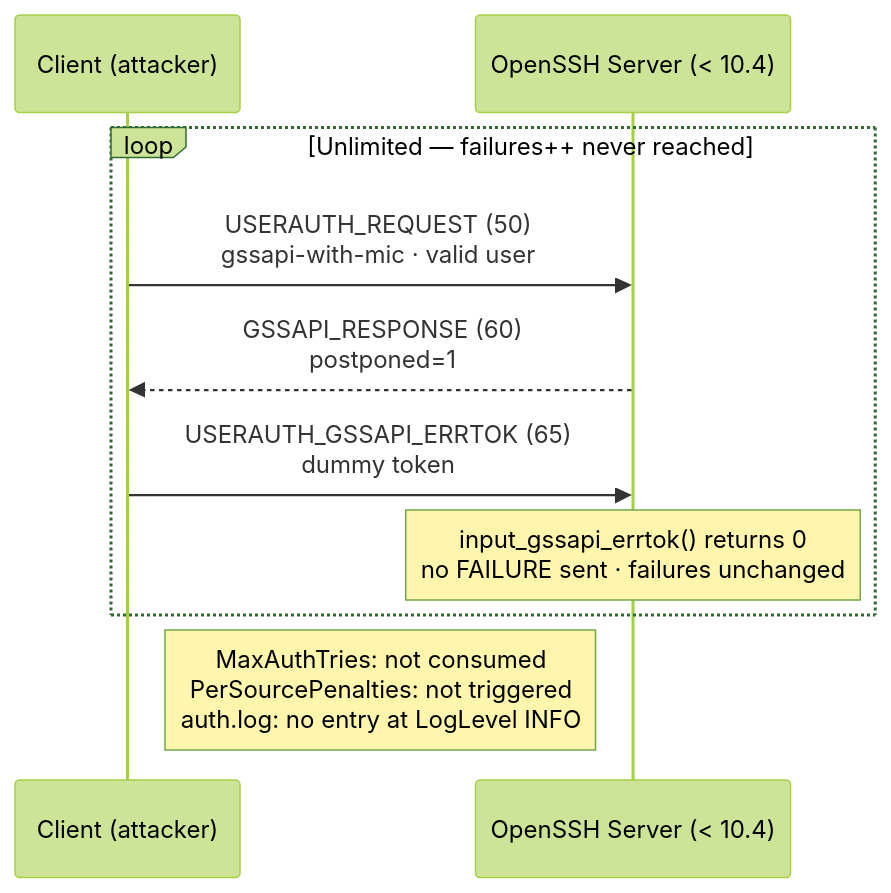
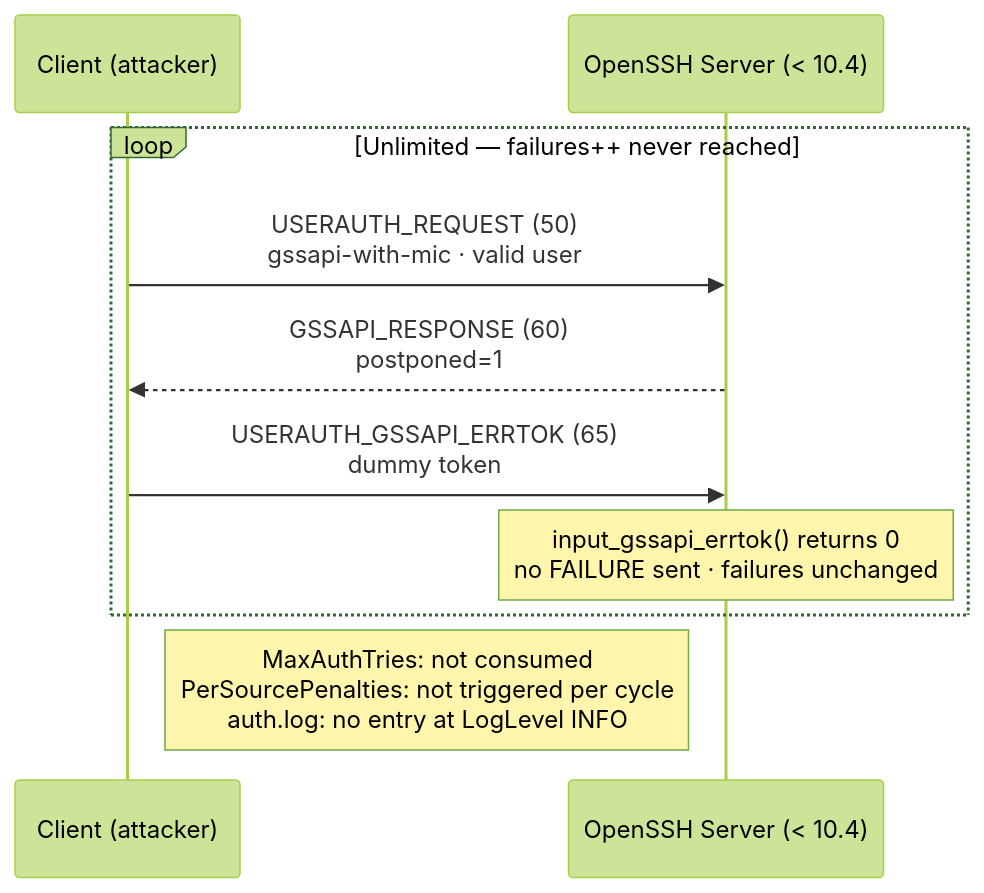
The diagram in doc/vulnerabilities/CVE-2026-60000.rst (ssh-mitm/ssh-mitm), drawn with Mermaid (forest theme) before and after one commit. The commit also changed other lines of this file and 5 other files, not shown here.

```diff
--- a/doc/vulnerabilities/CVE-2026-60000.rst
+++ b/doc/vulnerabilities/CVE-2026-60000.rst
@@ -116,15 +136,15 @@
 .. mermaid::
 
     sequenceDiagram
         participant C as Client (attacker)
         participant S as OpenSSH Server (< 10.4)
 
         loop Unlimited — failures++ never reached
             C->>S: USERAUTH_REQUEST (50)<br/>gssapi-with-mic · valid user
             S-->>C: GSSAPI_RESPONSE (60)<br/>postponed=1
 
             C->>S: USERAUTH_GSSAPI_ERRTOK (65)<br/>dummy token
             Note over S: input_gssapi_errtok() returns 0<br/>no FAILURE sent · failures unchanged
         end
 
-        Note right of C: MaxAuthTries: not consumed<br/>PerSourcePenalties: not triggered<br/>auth.log: no entry at LogLevel INFO
+        Note right of C: MaxAuthTries: not consumed<br/>PerSourcePenalties: not triggered per cycle<br/>auth.log: no entry at LogLevel INFO
```
